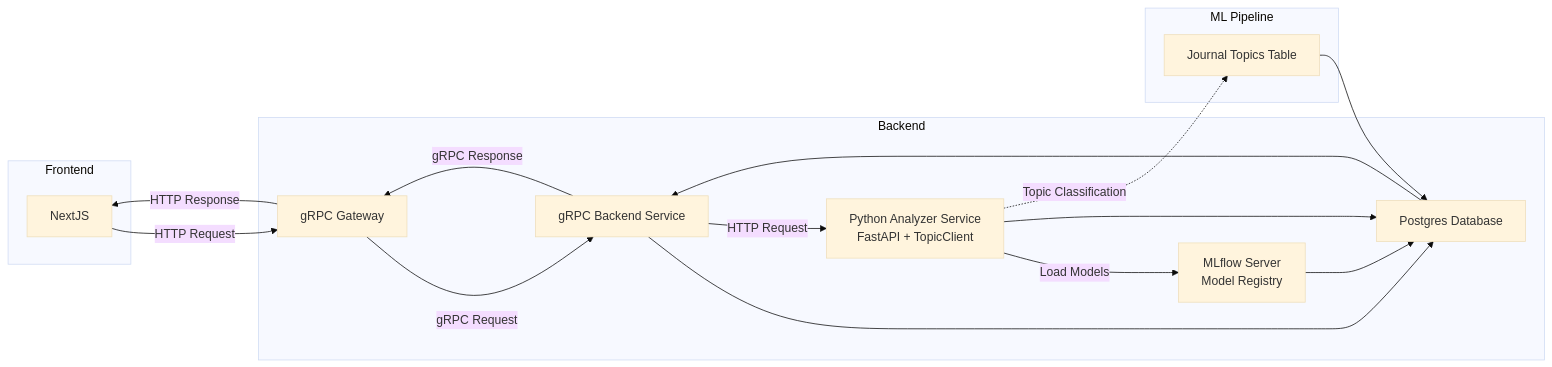
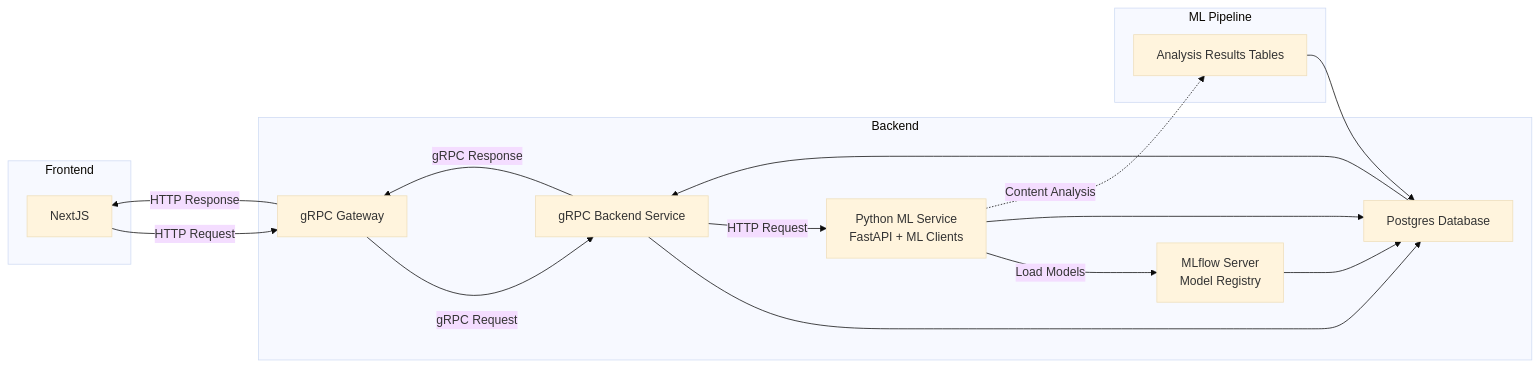
One commit to jyablonski/lotus changed the diagram in README.md. Above: the diagram before and after it, drawn with Mermaid (base theme). The commit also changed 29 other files, not shown here.

````diff
--- a/README.md
+++ b/README.md
@@ -24,32 +24,32 @@
 ``` mermaid
 graph LR
     A[NextJS] -->|HTTP Request| B[Go gRPC Gateway]
     B -->|gRPC Request| C[gRPC Backend Service]
     C --> D[Postgres Database]
     D --> C
     C -->|gRPC Response| B
     B -->|HTTP Response| A
 
-    C -->|HTTP Request| E[Python Analyzer Service]
+    C -->|HTTP Request| E[Python ML Service]
     E -->|Load Models| F[MLflow Server]
     E --> D
     F --> D
 
     subgraph Backend
         B[gRPC Gateway]
         C[gRPC Backend Service]
         D[Postgres Database]
-        E[Python Analyzer Service<br/>FastAPI + TopicClient]
+        E[Python ML Service<br/>FastAPI + ML Clients]
         F[MLflow Server<br/>Model Registry]
     end
 
     subgraph Frontend
         A
     end
 
     subgraph ML Pipeline
-        E -.->|Topic Classification| G[Journal Topics Table]
+        E -.->|Content Analysis| G[Analysis Results Tables]
         G --> D
     end
 
 ```
````
